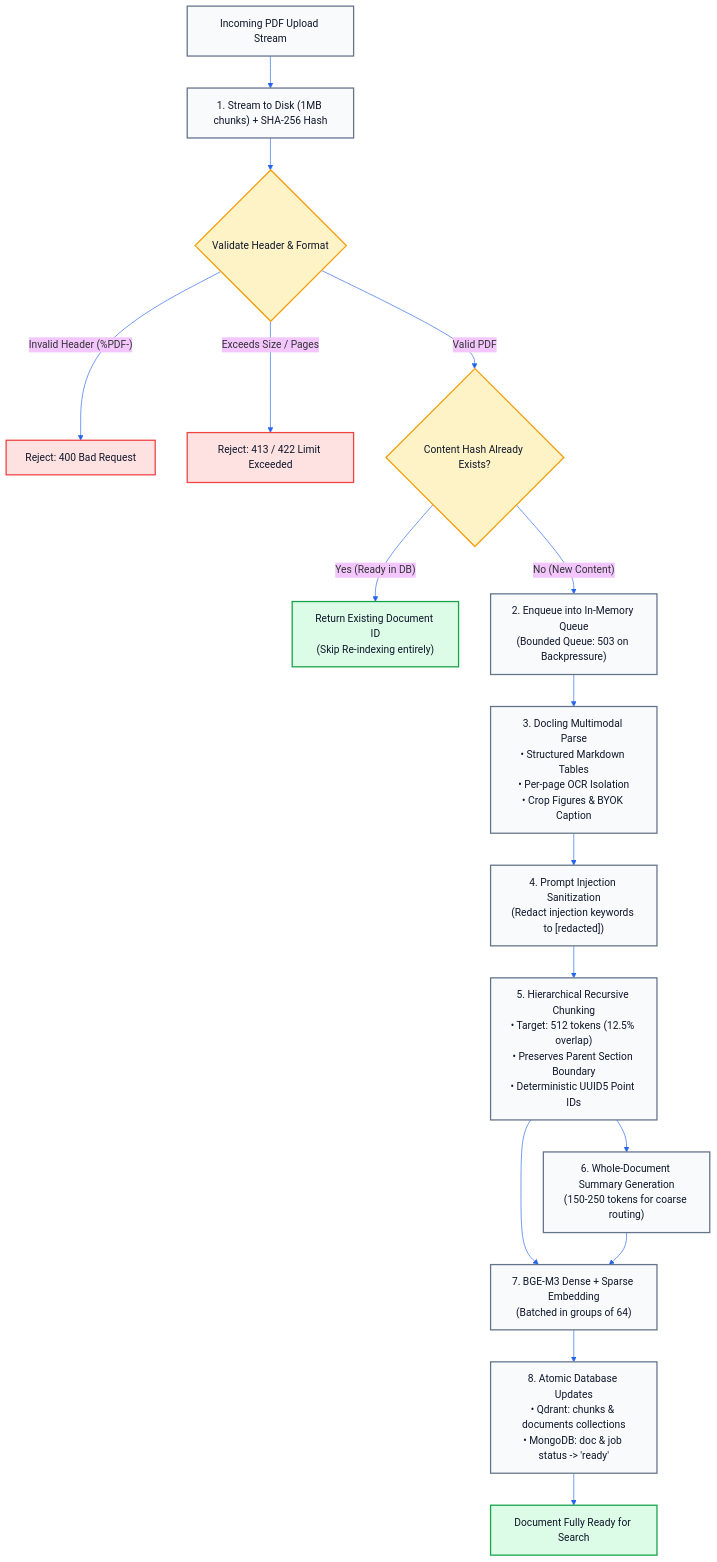
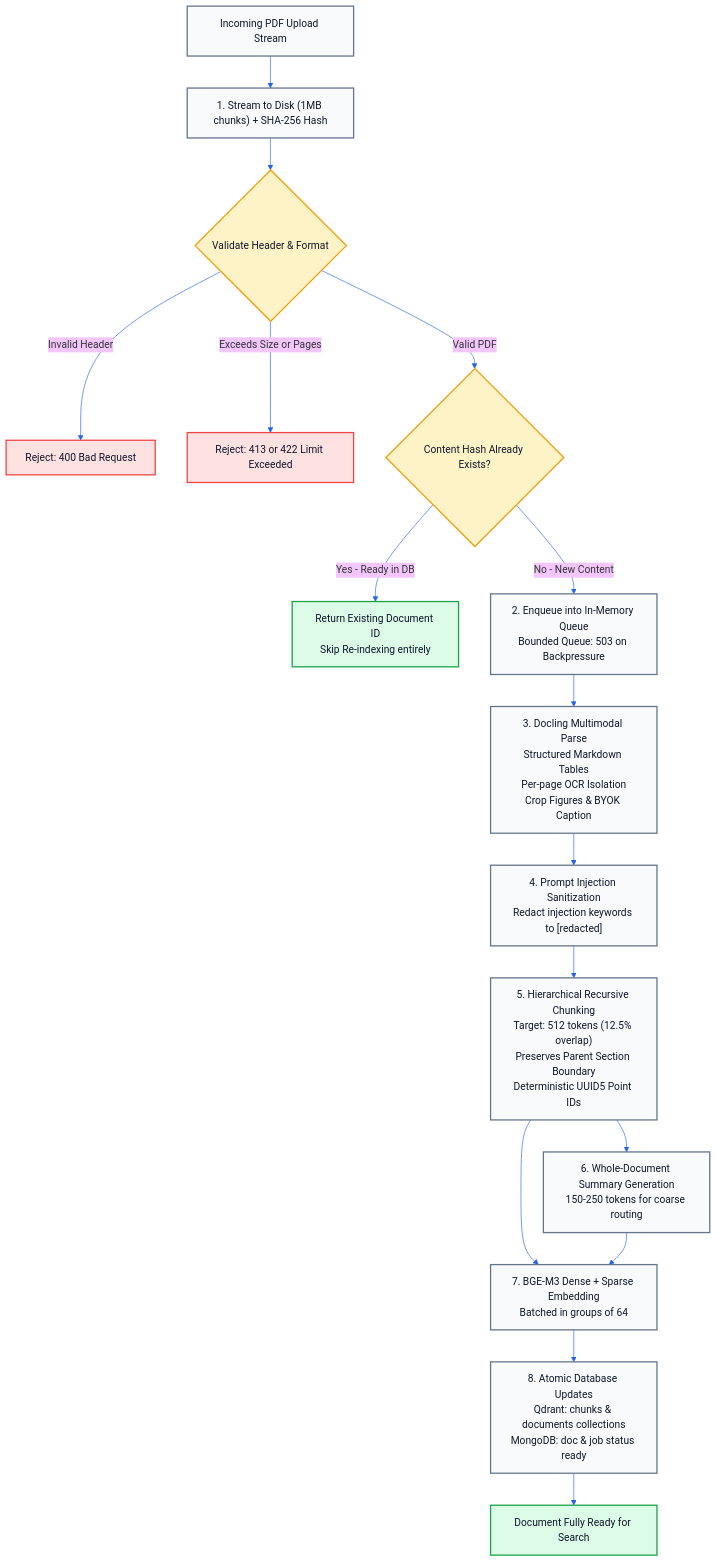
One commit to Pavan048/CITE-RAG changed the second of 4 diagrams in README.md. Above: the diagram before and after it, drawn with Mermaid. The commit also changed other lines of this file, not shown here.

Commit message:
fix(readme): fix Mermaid diagram syntax by renaming reserved classDef identifiers and updating edge labels

````diff
--- a/README.md
+++ b/README.md
@@ -131,30 +140,31 @@
 ```mermaid
 %%{init: {"theme": "base", "themeVariables": {"primaryColor": "#fef3c7", "primaryBorderColor": "#f59e0b", "lineColor": "#2563eb", "fontFamily": "Inter, Arial"}}}%%
 flowchart TD
-  classDef step fill:#f8fafc,stroke:#64748b,stroke-width:2px,color:#0f172a;
-  classDef decision fill:#fef3c7,stroke:#f59e0b,stroke-width:2px,color:#0f172a;
-  classDef success fill:#dcfce7,stroke:#16a34a,stroke-width:2px,color:#0f172a;
-  classDef failure fill:#fee2e2,stroke:#ef4444,stroke-width:2px,color:#0f172a;
+  classDef cStep fill:#f8fafc,stroke:#64748b,stroke-width:2px,color:#0f172a;
+  classDef cDecision fill:#fef3c7,stroke:#f59e0b,stroke-width:2px,color:#0f172a;
+  classDef cSuccess fill:#dcfce7,stroke:#16a34a,stroke-width:2px,color:#0f172a;
+  classDef cFailure fill:#fee2e2,stroke:#ef4444,stroke-width:2px,color:#0f172a;
 
   Upload["Incoming PDF Upload Stream"] --> S1["1. Stream to Disk (1MB chunks) + SHA-256 Hash"]
   S1 --> V1{"Validate Header & Format"}
-  V1 -- "Invalid Header (%PDF-)" --> F1["Reject: 400 Bad Request"]
-  V1 -- "Exceeds Size / Pages" --> F2["Reject: 413 / 422 Limit Exceeded"]
-  V1 -- "Valid PDF" --> V2{"Content Hash Already Exists?"}
+  V1 -->|Invalid Header| F1["Reject: 400 Bad Request"]
+  V1 -->|Exceeds Size or Pages| F2["Reject: 413 or 422 Limit Exceeded"]
+  V1 -->|Valid PDF| V2{"Content Hash Already Exists?"}
   
-  V2 -- "Yes (Ready in DB)" --> S_Dedup["Return Existing Document ID<br/>(Skip Re-indexing entirely)"]
-  V2 -- "No (New Content)" --> Enqueue["2. Enqueue into In-Memory Queue<br/>(Bounded Queue: 503 on Backpressure)"]
+  V2 -->|Yes - Ready in DB| S_Dedup["Return Existing Document ID<br/>Skip Re-indexing entirely"]
+  V2 -->|No - New Content| Enqueue["2. Enqueue into In-Memory Queue<br/>Bounded Queue: 503 on Backpressure"]
 
-  Enqueue --> Docling["3. Docling Multimodal Parse<br/>• Structured Markdown Tables<br/>• Per-page OCR Isolation<br/>• Crop Figures & BYOK Caption"]
-  Docling --> Sanitize["4. Prompt Injection Sanitization<br/>(Redact injection keywords to [redacted])"]
-  Sanitize --> Chunking["5. Hierarchical Recursive Chunking<br/>• Target: 512 tokens (12.5% overlap)<br/>• Preserves Parent Section Boundary<br/>• Deterministic UUID5 Point IDs"]
-  Chunking --> DocSummary["6. Whole-Document Summary Generation<br/>(150-250 tokens for coarse routing)"]
-  Chunking & DocSummary --> Embed["7. BGE-M3 Dense + Sparse Embedding<br/>(Batched in groups of 64)"]
-  Embed --> Index["8. Atomic Database Updates<br/>• Qdrant: chunks & documents collections<br/>• MongoDB: doc & job status -> 'ready'"]
+  Enqueue --> Docling["3. Docling Multimodal Parse<br/>Structured Markdown Tables<br/>Per-page OCR Isolation<br/>Crop Figures & BYOK Caption"]
+  Docling --> Sanitize["4. Prompt Injection Sanitization<br/>Redact injection keywords to [redacted]"]
+  Sanitize --> Chunking["5. Hierarchical Recursive Chunking<br/>Target: 512 tokens (12.5% overlap)<br/>Preserves Parent Section Boundary<br/>Deterministic UUID5 Point IDs"]
+  Chunking --> DocSummary["6. Whole-Document Summary Generation<br/>150-250 tokens for coarse routing"]
+  Chunking --> Embed["7. BGE-M3 Dense + Sparse Embedding<br/>Batched in groups of 64"]
+  DocSummary --> Embed
+  Embed --> Index["8. Atomic Database Updates<br/>Qdrant: chunks & documents collections<br/>MongoDB: doc & job status ready"]
   Index --> Ready["Document Fully Ready for Search"]
 
-  class Upload,S1,Enqueue,Docling,Sanitize,Chunking,DocSummary,Embed,Index step
-  class V1,V2 decision
-  class S_Dedup,Ready success
-  class F1,F2 failure
+  class Upload,S1,Enqueue,Docling,Sanitize,Chunking,DocSummary,Embed,Index cStep
+  class V1,V2 cDecision
+  class S_Dedup,Ready cSuccess
+  class F1,F2 cFailure
 ```
````
